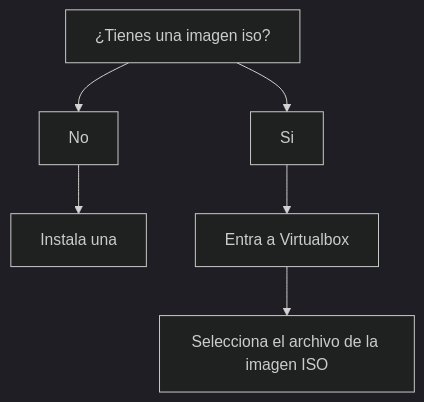
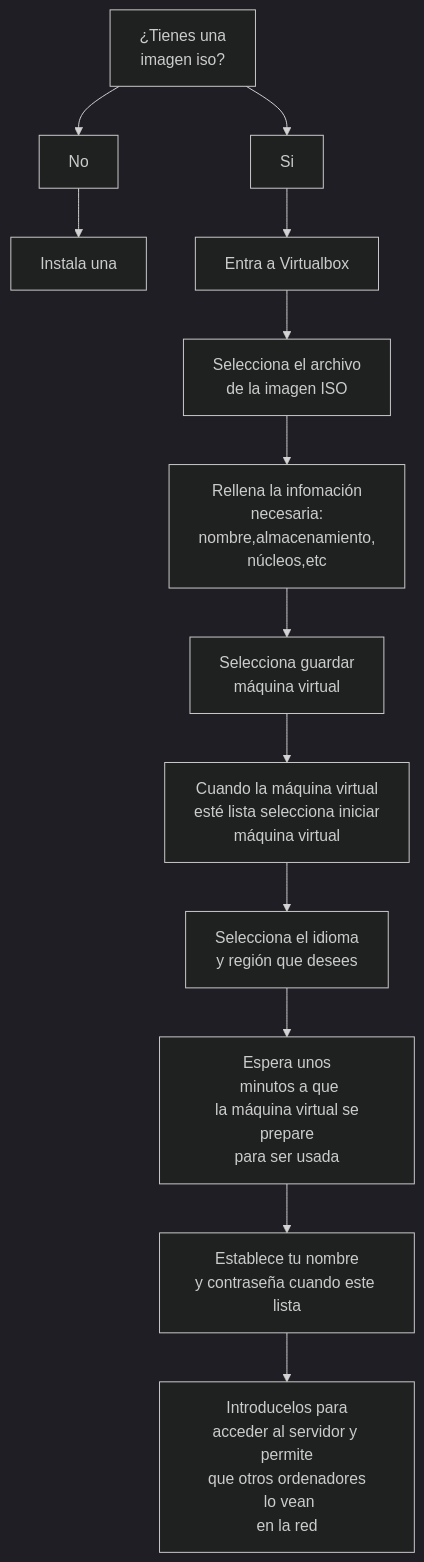
The diagram in Guía-digital-instalacion-windows-visual.md (jesmattri-cpu/Tarea-Windows-server-visual), drawn with Mermaid (dark theme) before and after one commit.

````diff
--- a/Guía-digital-instalacion-windows-visual.md
+++ b/Guía-digital-instalacion-windows-visual.md
@@ -1,8 +1,33 @@
 ```mermaid
 graph TD;
-    id1[¿Tienes una imagen iso?]-->id3[Si];
-    id1[¿Tienes una imagen iso?]-->id2[No];
+    id1[¿Tienes una
+ imagen iso?]-->id3[Si];
+    id1[¿Tienes una
+ imagen iso?]-->id2[No];
     id2[No]-->id4[Instala una];
     id3[Si]-->id5[Entra a Virtualbox];
-    id5-->id6[Selecciona el archivo de la imagen ISO];
+    id5-->id6[Selecciona el archivo
+ de la imagen ISO];
+id6-->id7[Rellena la infomación
+ necesaria:
+nombre,almacenamiento,
+núcleos,etc];
+id7-->id8[Selecciona guardar
+máquina virtual];
+id8-->id9[Cuando la máquina virtual
+ esté lista selecciona iniciar
+máquina virtual];
+id9-->id10[Selecciona el idioma
+y región que desees]
+id10-->id11[Espera unos
+ minutos a que
+ la máquina virtual se prepare
+para ser usada];
+id11-->id12[Establece tu nombre
+y contraseña cuando este lista]
+id12-->id13[Introducelos para
+acceder al servidor y permite
+que otros ordenadores
+ lo vean
+en la red]
 ```
````
